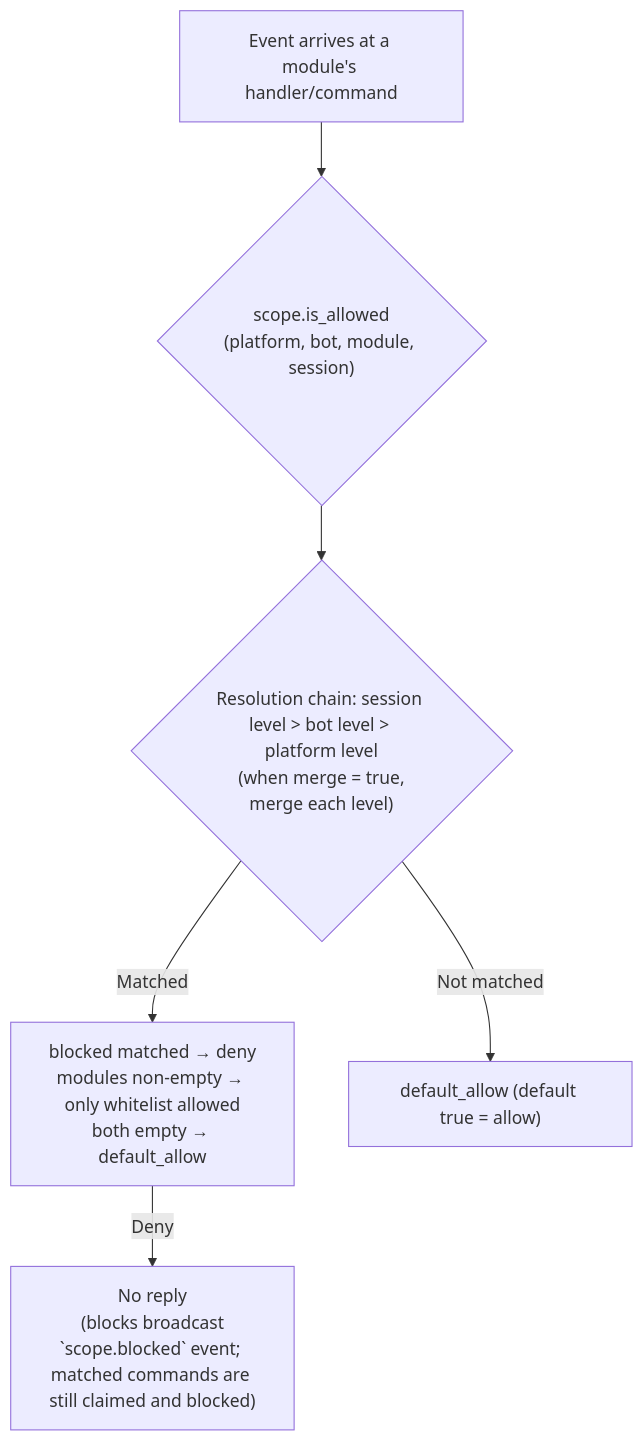
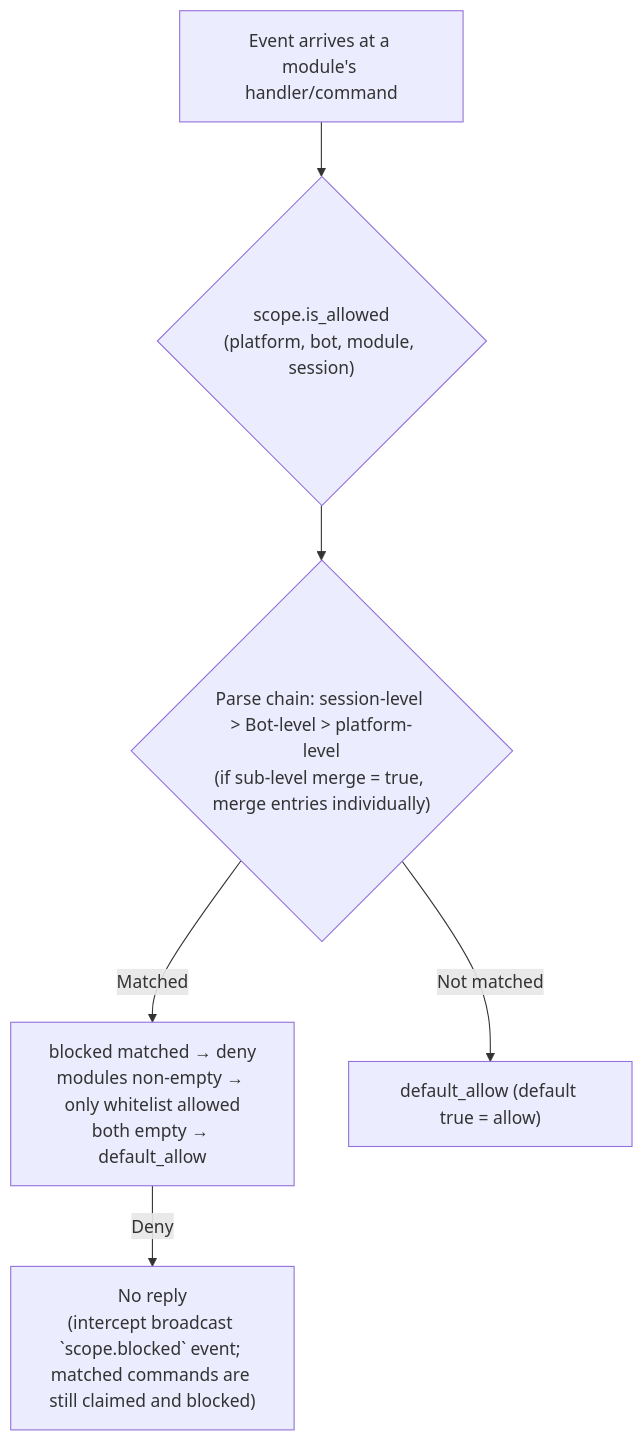
The diagram in docs/en/advanced/scope.md (ErisPulse/ErisPulse), drawn with Mermaid before and after one commit. The commit also changed other lines of this file and 35 other files, not shown here.

````diff
--- a/docs/en/advanced/scope.md
+++ b/docs/en/advanced/scope.md
@@ -93,8 +96,8 @@
 ```mermaid
 flowchart TD
     A["Event arrives at a module's handler/command"] --> B{"scope.is_allowed<br/>(platform, bot, module, session)"}
-    B --> C{"Resolution chain: session level > bot level > platform level<br/> (when merge = true, merge each level)"}
+    B --> C{"Parse chain: session-level > Bot-level > platform-level<br/>(if sub-level merge = true, merge entries individually)"}
     C -->|"Matched"| D["blocked matched → deny<br/>modules non-empty → only whitelist allowed<br/>both empty → default_allow"]
     C -->|"Not matched"| E["default_allow (default true = allow)"]
-    D -->|"Deny"| Z["No reply<br/> (blocks broadcast `scope.blocked` event; matched commands are still claimed and blocked)"]
+    D -->|"Deny"| Z["No reply<br/>(intercept broadcast `scope.blocked` event; matched commands are still claimed and blocked)"]
 ```
````
